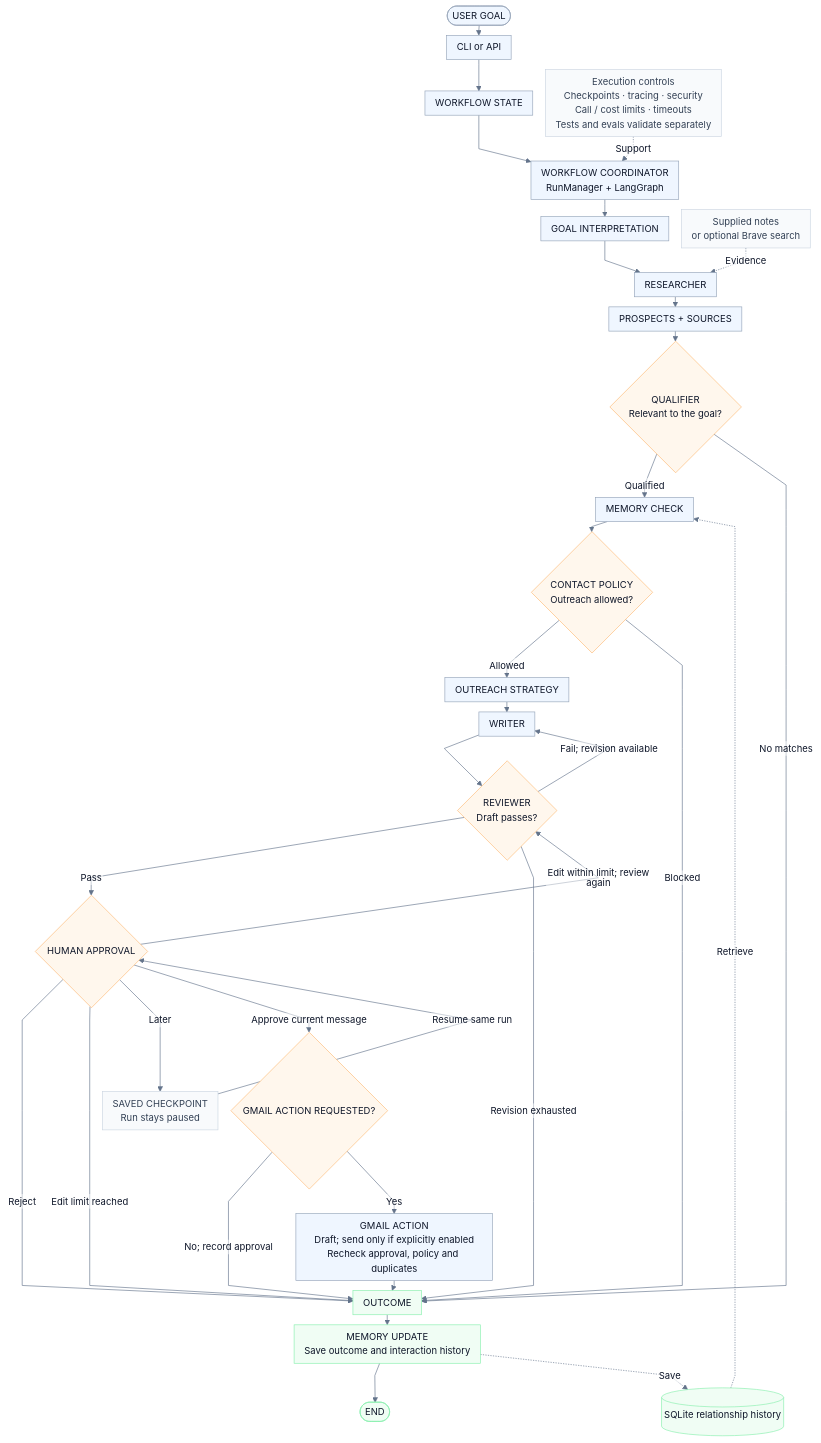
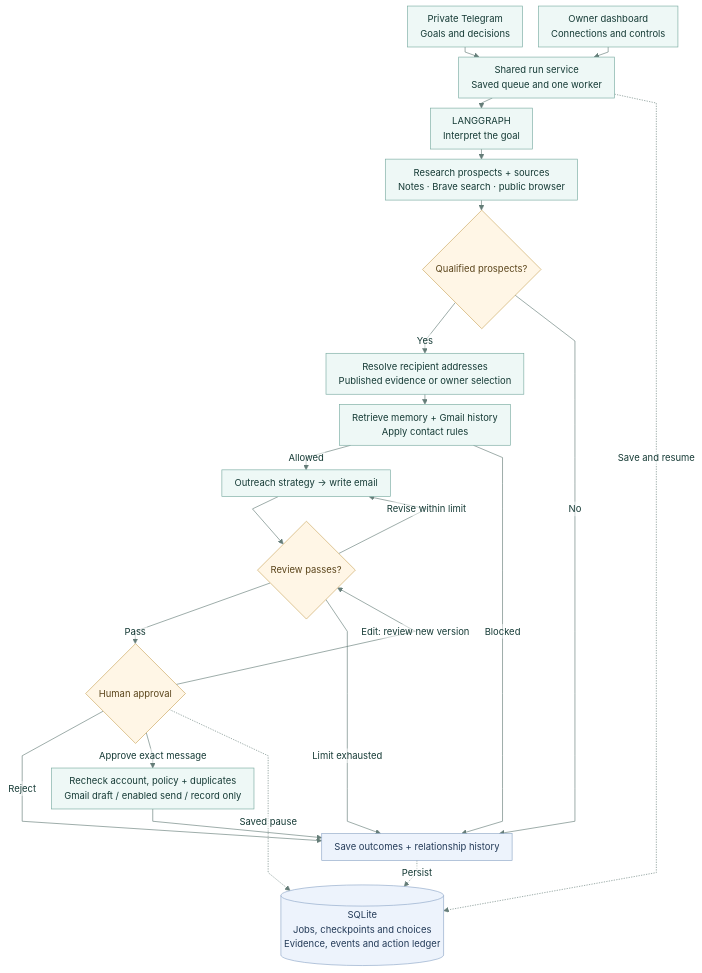
Before and after one commit to rutujashingate/outreach-agent: the diagram in docs/assets/workflow.mmd, drawn with Mermaid. The commit also changed 74 other files, not shown here.

First line of the commit message:
feat: connect Telegram outreach to Gmail, browser research, and dashboard

```diff
--- a/docs/assets/workflow.mmd
+++ b/docs/assets/workflow.mmd
@@ -1,71 +1,49 @@
 ---
 config:
   theme: base
   fontFamily: Arial
   themeCSS: 'text, tspan { font-family: Arial, Helvetica, sans-serif !important; }'
   themeVariables:
-    fontFamily: Arial, Helvetica, sans-serif
     fontSize: 15px
-    primaryColor: "#eff6ff"
-    primaryBorderColor: "#94a3b8"
-    primaryTextColor: "#0f172a"
-    lineColor: "#64748b"
-    edgeLabelBackground: "#ffffff"
+    primaryColor: '#eef8f6'
+    primaryBorderColor: '#78aaa0'
+    primaryTextColor: '#163b36'
+    lineColor: '#657d78'
+    edgeLabelBackground: '#ffffff'
   flowchart:
     htmlLabels: false
     curve: linear
-    nodeSpacing: 20
+    nodeSpacing: 25
     rankSpacing: 16
-    padding: 8
-    wrappingWidth: 280
+    padding: 10
+    wrappingWidth: 380
 ---
 flowchart TD
-    accTitle: Outreach workflow from the architecture and implemented phases
-    accDescr: A user goal enters through the CLI or API, becomes workflow state, and is coordinated by RunManager and LangGraph. Goal interpretation, research, prospects, qualification, memory checks, contact policy, strategy, writing, review, human approval, optional Gmail action, outcome, and memory update follow in order. Qualification and contact policy can stop outreach. Rewrites and human edits share one revision. Approval can reject, edit, pause, or proceed. Gmail can create a draft or send only when sending is explicitly enabled. Relationship history is saved for later runs. Checkpoints, tracing, security, and operating limits support execution; tests and evaluations check it separately.
-
-    goal([USER GOAL]) --> entry[CLI or API]
-    entry --> state[WORKFLOW STATE]
-    state --> manager["WORKFLOW COORDINATOR<br/>RunManager + LangGraph"]
-    manager --> interpretation[GOAL INTERPRETATION]
-    interpretation --> researcher[RESEARCHER]
-    evidence["Supplied notes<br/>or optional Brave search"] -. Evidence .-> researcher
-    researcher --> prospects[PROSPECTS + SOURCES]
-    prospects --> qualifier{"QUALIFIER<br/>Relevant to the goal?"}
-    qualifier -->|Qualified| memory[MEMORY CHECK]
-    qualifier -->|No matches| outcome[OUTCOME]
-    memory --> policy{"CONTACT POLICY<br/>Outreach allowed?"}
-    policy -->|Allowed| strategy[OUTREACH STRATEGY]
-    policy -->|Blocked| outcome
-    strategy --> writer[WRITER]
-    writer --> reviewer{"REVIEWER<br/>Draft passes?"}
-    reviewer -->|Pass| approval{"HUMAN APPROVAL"}
-    reviewer -->|Fail; revision available| writer
-    reviewer -->|Revision exhausted| outcome
+    accTitle: One outreach workflow shared by Telegram and the dashboard
+    accDescr: A goal enters through private Telegram or the owner dashboard. Both use a durable job queue and one worker running LangGraph. The workflow interprets the goal, researches evidence with Brave and a public browser, qualifies prospects, resolves recipient addresses, checks memory and contact policy, creates a strategy, writes and reviews email, pauses for human approval, and records an approved Gmail action. Edits return to review; blocked or rejected work ends with a saved outcome. SQLite holds progress, decisions, and events for both interfaces.
+    telegram["Private Telegram<br/>Goals and decisions"] --> service["Shared run service<br/>Saved queue and one worker"]
+    dashboard["Owner dashboard<br/>Connections and controls"] --> service
+    service --> goal["LANGGRAPH<br/>Interpret the goal"]
+    goal --> research["Research prospects + sources<br/>Notes · Brave search · public browser"]
+    research --> qualification{"Qualified prospects?"}
+    qualification -->|Yes| recipients["Resolve recipient addresses<br/>Published evidence or owner selection"]
+    qualification -->|No| outcome["Save outcomes + relationship history"]
+    recipients --> memory["Retrieve memory + Gmail history<br/>Apply contact rules"]
+    memory -->|Allowed| strategy["Outreach strategy → write email"]
+    memory -->|Blocked| outcome
+    strategy --> review{"Review passes?"}
+    review -->|Pass| approval{"Human approval"}
+    review -->|Revise within limit| strategy
+    review -->|Limit exhausted| outcome
+    approval -->|Edit: review new version| review
     approval -->|Reject| outcome
-    approval -->|Edit within limit; review again| reviewer
-    approval -->|Edit limit reached| outcome
-    approval -->|Later| pause["SAVED CHECKPOINT<br/>Run stays paused"]
-    pause -->|Resume same run| approval
-    approval -->|Approve current message| action{"GMAIL ACTION REQUESTED?"}
-    action -->|No; record approval| outcome
-    action -->|Yes| gmail["GMAIL ACTION<br/>Draft; send only if explicitly enabled<br/>Recheck approval, policy and duplicates"]
-    gmail --> outcome
-    outcome --> update["MEMORY UPDATE<br/>Save outcome and interaction history"]
-    update --> finish([END])
-
-    history[(SQLite relationship history)] -. Retrieve .-> memory
-    update -. Save .-> history
-
-    controls["Execution controls<br/>Checkpoints · tracing · security<br/>Call / cost limits · timeouts<br/>Tests and evals validate separately"] -. Support .-> manager
-
-    %% Tests and evals validate this flow separately; they are not runtime nodes.
-    %% The one revision is shared by automatic rewrites and human edits.
-    %% CLI actions are none or draft. Sending is a separate guarded API option.
-    classDef component fill:#eff6ff,stroke:#94a3b8,color:#0f172a;
-    classDef decision fill:#fff7ed,stroke:#fdba74,color:#0f172a;
-    classDef storage fill:#f0fdf4,stroke:#86efac,color:#0f172a;
-    classDef support fill:#f8fafc,stroke:#cbd5e1,color:#334155;
-    class goal,entry,state,manager,interpretation,researcher,prospects,memory,strategy,writer,gmail component;
-    class qualifier,policy,reviewer,approval,action decision;
-    class outcome,update,history,finish storage;
-    class evidence,controls,pause support;
+    approval -->|Approve exact message| action["Recheck account, policy + duplicates<br/>Gmail draft / enabled send / record only"]
+    action --> outcome
+    store[("SQLite<br/>Jobs, checkpoints and choices<br/>Evidence, events and action ledger")]
+    service -. Save and resume .-> store
+    approval -. Saved pause .-> store
+    outcome -. Persist .-> store
+    classDef decision fill:#fff6e6,stroke:#caa65d,color:#5b451b;
+    classDef storage fill:#edf3fc,stroke:#8da6c7,color:#243b58;
+    class qualification,review,approval decision;
+    class store,outcome storage;
```
